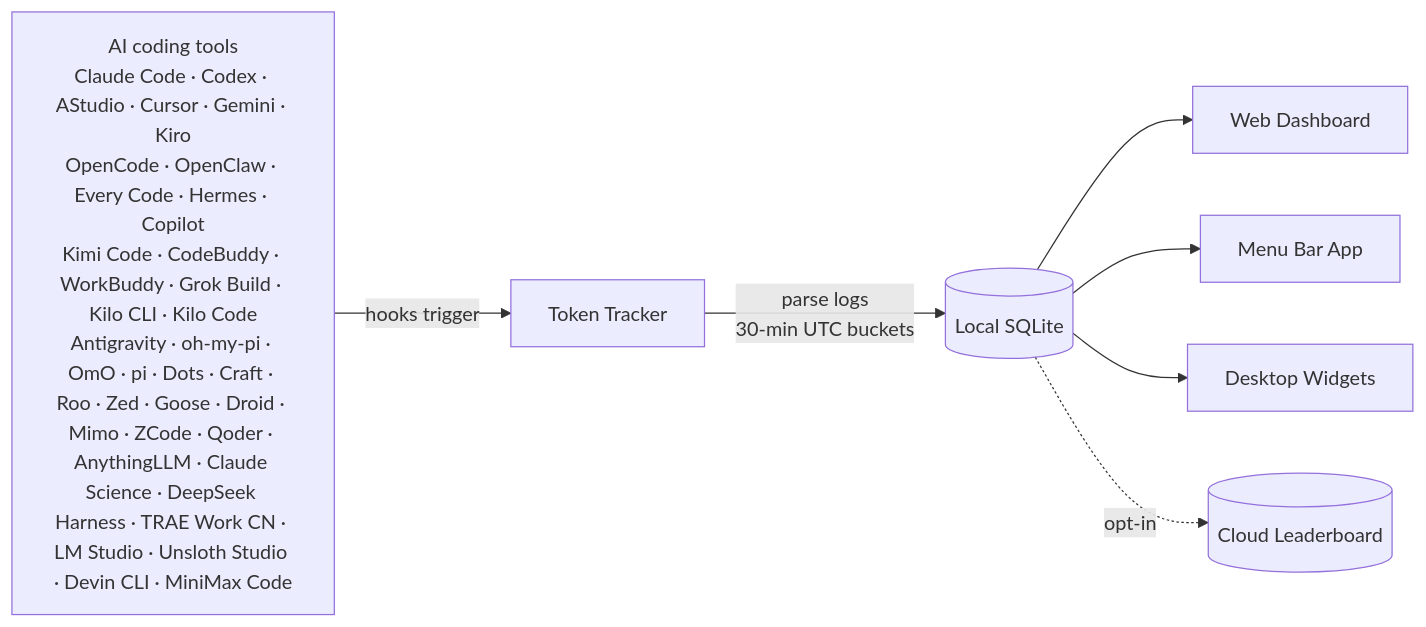
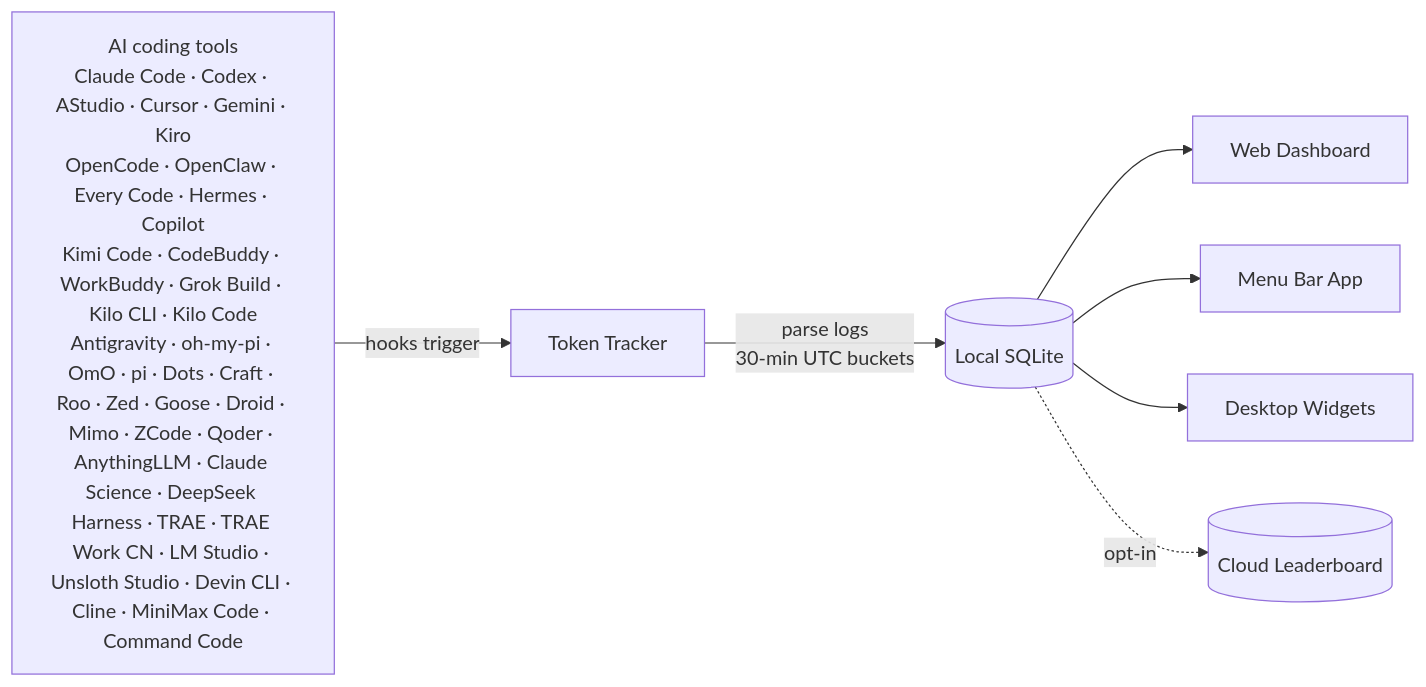
Before and after one commit to 1490459250li-hub/TokenTracker: the diagram in README.md, drawn with Mermaid. The commit also changed other lines of this file and 50 other files, not shown here.

````diff
--- a/README.md
+++ b/README.md
@@ -316,10 +317,10 @@
 ```mermaid
 flowchart LR
-    A["AI coding tools<br/>Claude Code · Codex · AStudio · Cursor · Gemini · Kiro<br/>OpenCode · OpenClaw · Every Code · Hermes · Copilot<br/>Kimi Code · CodeBuddy · WorkBuddy · Grok Build · Kilo CLI · Kilo Code<br/>Antigravity · oh-my-pi · OmO · pi · Dots · Craft · Roo · Zed · Goose · Droid · Mimo · ZCode · Qoder · AnythingLLM · Claude Science · DeepSeek Harness · TRAE Work CN · LM Studio · Unsloth Studio · Devin CLI · MiniMax Code"]
+    A["AI coding tools<br/>Claude Code · Codex · AStudio · Cursor · Gemini · Kiro<br/>OpenCode · OpenClaw · Every Code · Hermes · Copilot<br/>Kimi Code · CodeBuddy · WorkBuddy · Grok Build · Kilo CLI · Kilo Code<br/>Antigravity · oh-my-pi · OmO · pi · Dots · Craft · Roo · Zed · Goose · Droid · Mimo · ZCode · Qoder · AnythingLLM · Claude Science · DeepSeek Harness · TRAE · TRAE Work CN · LM Studio · Unsloth Studio · Devin CLI · Cline · MiniMax Code · Command Code"]
     A -->|hooks trigger| B[Token Tracker]
     B -->|parse logs<br/>30-min UTC buckets| C[(Local SQLite)]
     C --> D[Web Dashboard]
     C --> E[Menu Bar App]
     C --> F[Desktop Widgets]
     C -.->|opt-in| G[(Cloud Leaderboard)]
 ```
````
